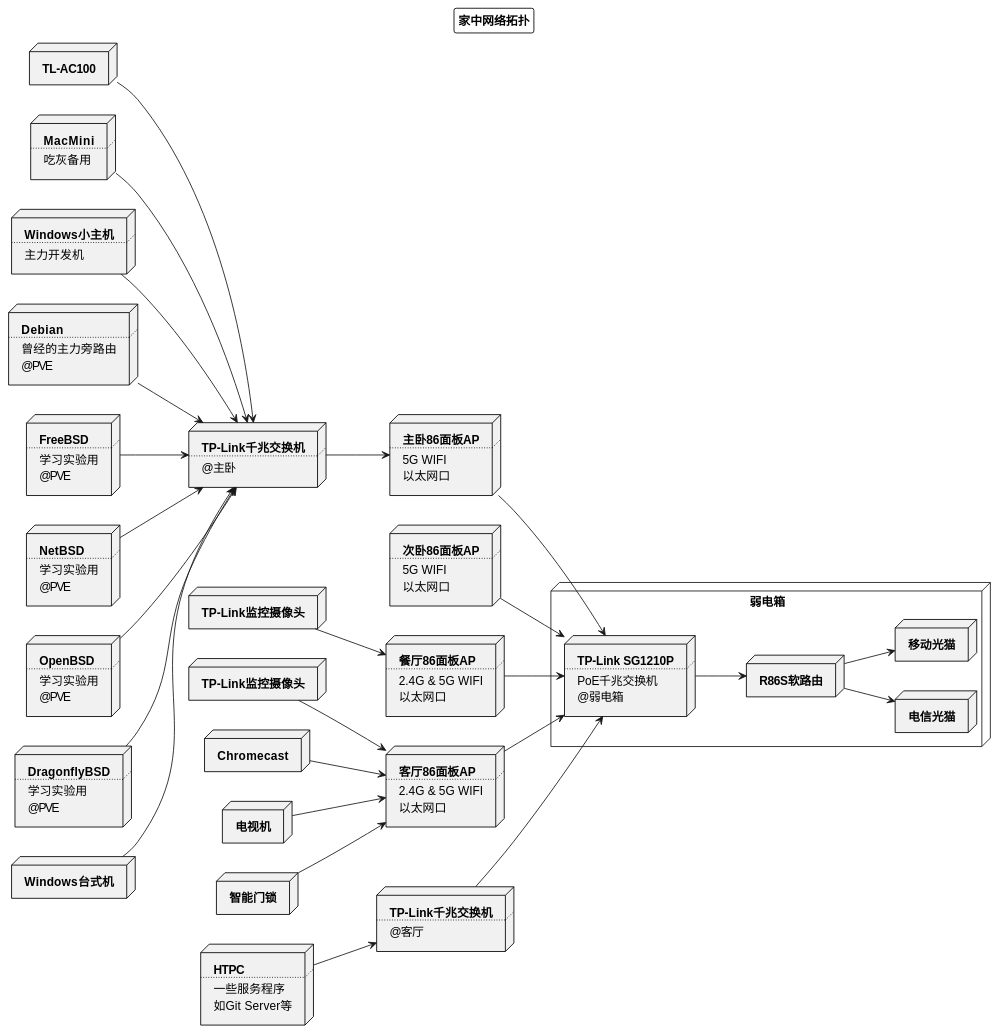
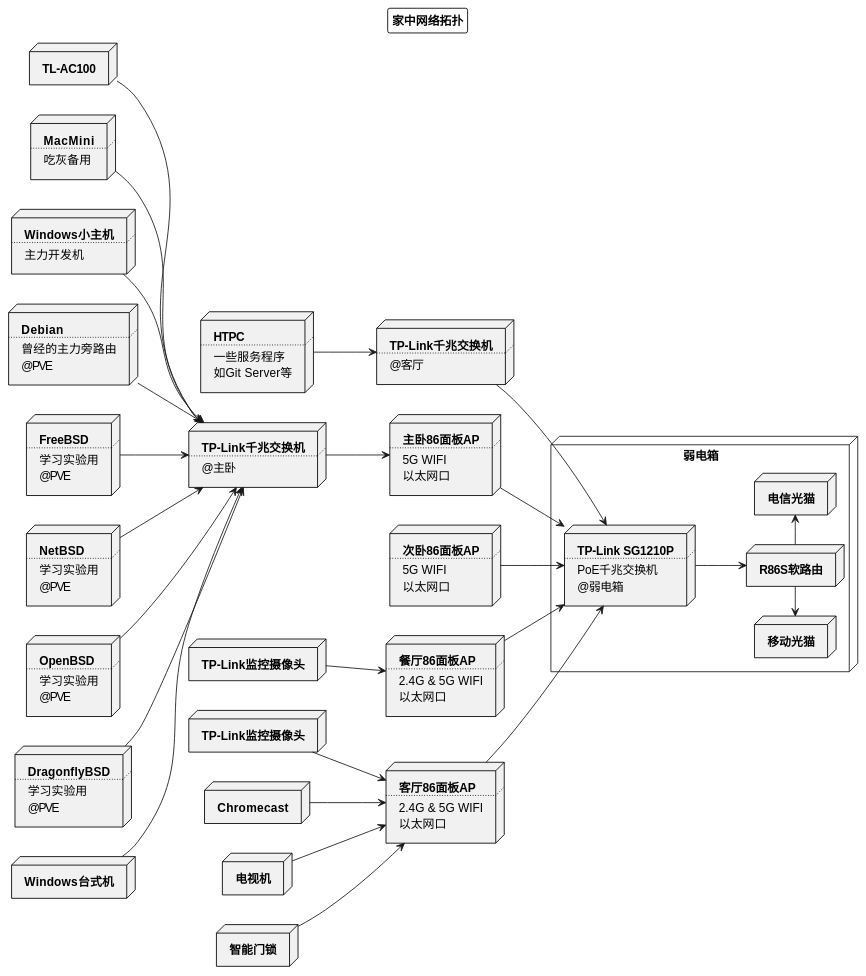
The diagram in _posts/2022-11-03-dual-wan-internet-access.md (missdeer/blog), drawn with PlantUML before and after one commit.

Commit message:
adjust topo layout

```diff
--- a/_posts/2022-11-03-dual-wan-internet-access.md
+++ b/_posts/2022-11-03-dual-wan-internet-access.md
@@ -141,8 +141,8 @@
 Node DoorLock [
 <b>智能门锁</b>
 ]
-R86S-->CTModem 
-R86S-->CMModem 
+R86S-ri->CTModem 
+R86S-le->CMModem 
 TPLinkSG1210P --> R86S
 TPLinkSwitch --> TPLinkSG1210P 
 APBedRoom1-->TPLinkSG1210P 
```
